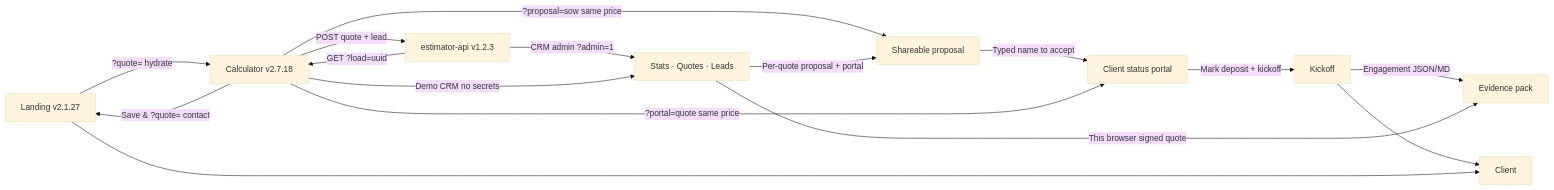
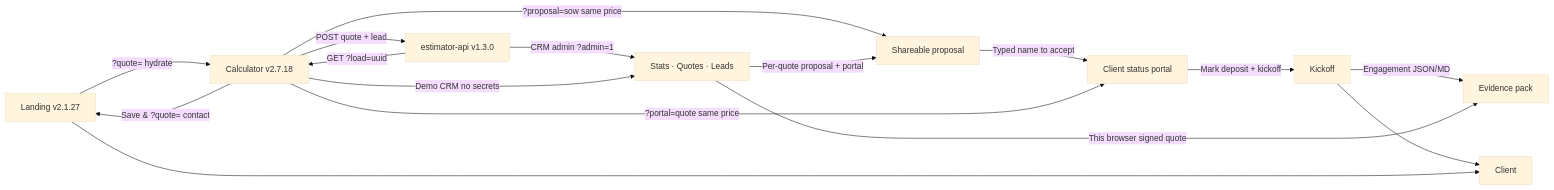
Before and after one commit to pixellayer7-jpg/pixellayer7-jpg: the diagram in README.md, drawn with Mermaid (base theme). The commit also changed 4 other files, not shown here.

First line of the commit message:
docs: estimator-api v1.3.0 (SQLite storage)

````diff
--- a/README.md
+++ b/README.md
@@ -21,18 +21,18 @@
 ```mermaid
 flowchart LR
   A[Landing v2.1.27] -->|?quote= hydrate| B[Calculator v2.7.18]
   B -->|Save & ?quote= contact| A
   B -->|?proposal=sow same price| R[Shareable proposal]
   R -->|Typed name to accept| P[Client status portal]
   P -->|Mark deposit + kickoff| K[Kickoff]
   K -->|Engagement JSON/MD| X[Evidence pack]
   B -->|?portal=quote same price| P
-  B -->|POST quote + lead| D[estimator-api v1.2.3]
+  B -->|POST quote + lead| D[estimator-api v1.3.0]
   D -->|CRM admin ?admin=1| E[Stats · Quotes · Leads]
   B -->|Demo CRM no secrets| E
   E -->|This browser signed quote| X
   E -->|Per-quote proposal + portal| R
   K --> F[Client]
   D -->|GET ?load=uuid| B
   A --> F[Client]
 ```
````
